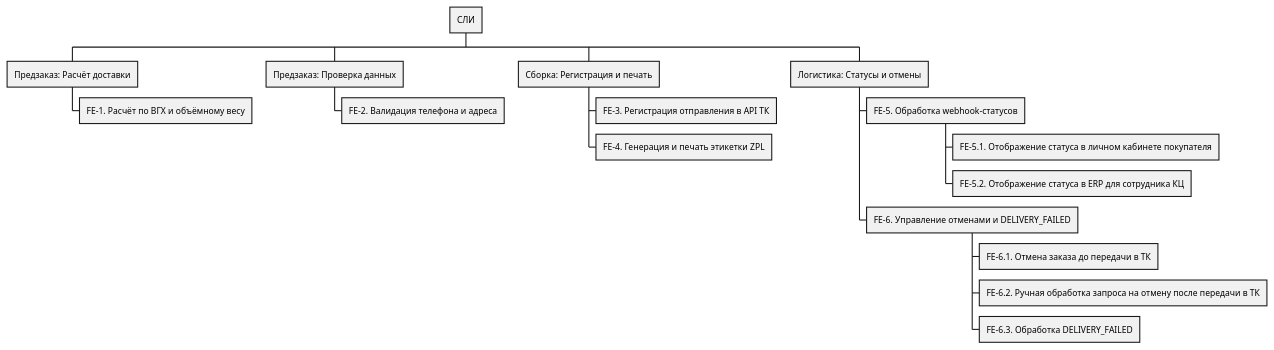
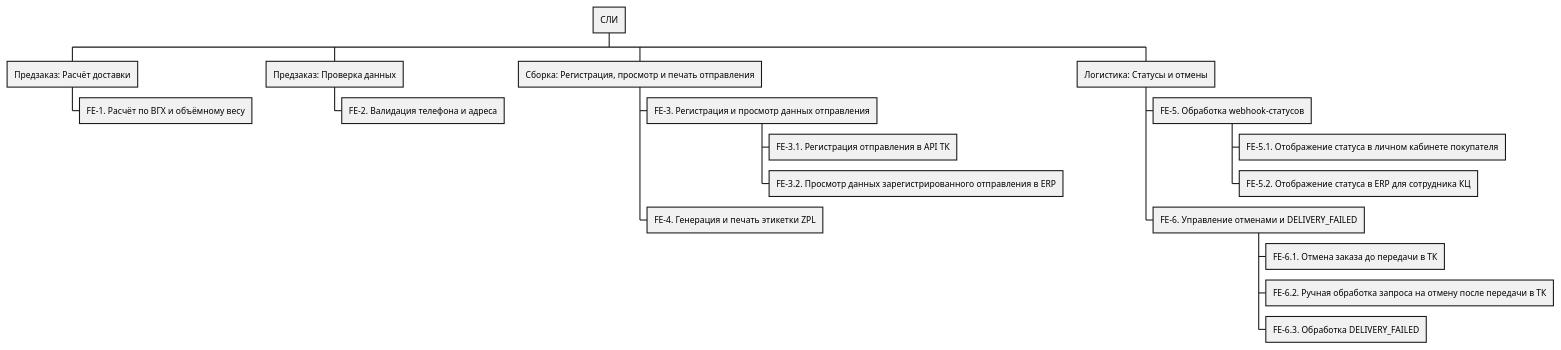
Before and after one commit to Fesenko1337/requirements-lab-01--variant-07---warehouse-: the second of 4 diagrams in variants/07 - Склад/Документ пользовательских требований.md, drawn with PlantUML. The commit also changed other lines of this file, not shown here.

````diff
--- a/variants/07 - Склад/Документ пользовательских требований.md
+++ b/variants/07 - Склад/Документ пользовательских требований.md
@@ -49,24 +50,26 @@
 ```plantuml
 @startwbs
 * СЛИ
 ** Предзаказ: Расчёт доставки
 *** FE-1. Расчёт по ВГХ и объёмному весу
 
 ** Предзаказ: Проверка данных
 *** FE-2. Валидация телефона и адреса
 
-** Сборка: Регистрация и печать
-*** FE-3. Регистрация отправления в API ТК
+** Сборка: Регистрация, просмотр и печать отправления
+*** FE-3. Регистрация и просмотр данных отправления
+**** FE-3.1. Регистрация отправления в API ТК
+**** FE-3.2. Просмотр данных зарегистрированного отправления в ERP
 *** FE-4. Генерация и печать этикетки ZPL
 
 ** Логистика: Статусы и отмены
 *** FE-5. Обработка webhook-статусов
 **** FE-5.1. Отображение статуса в личном кабинете покупателя
 **** FE-5.2. Отображение статуса в ERP для сотрудника КЦ
 
 *** FE-6. Управление отменами и DELIVERY_FAILED
 **** FE-6.1. Отмена заказа до передачи в ТК
 **** FE-6.2. Ручная обработка запроса на отмену после передачи в ТК
 **** FE-6.3. Обработка DELIVERY_FAILED
 @endwbs
 ```
````
